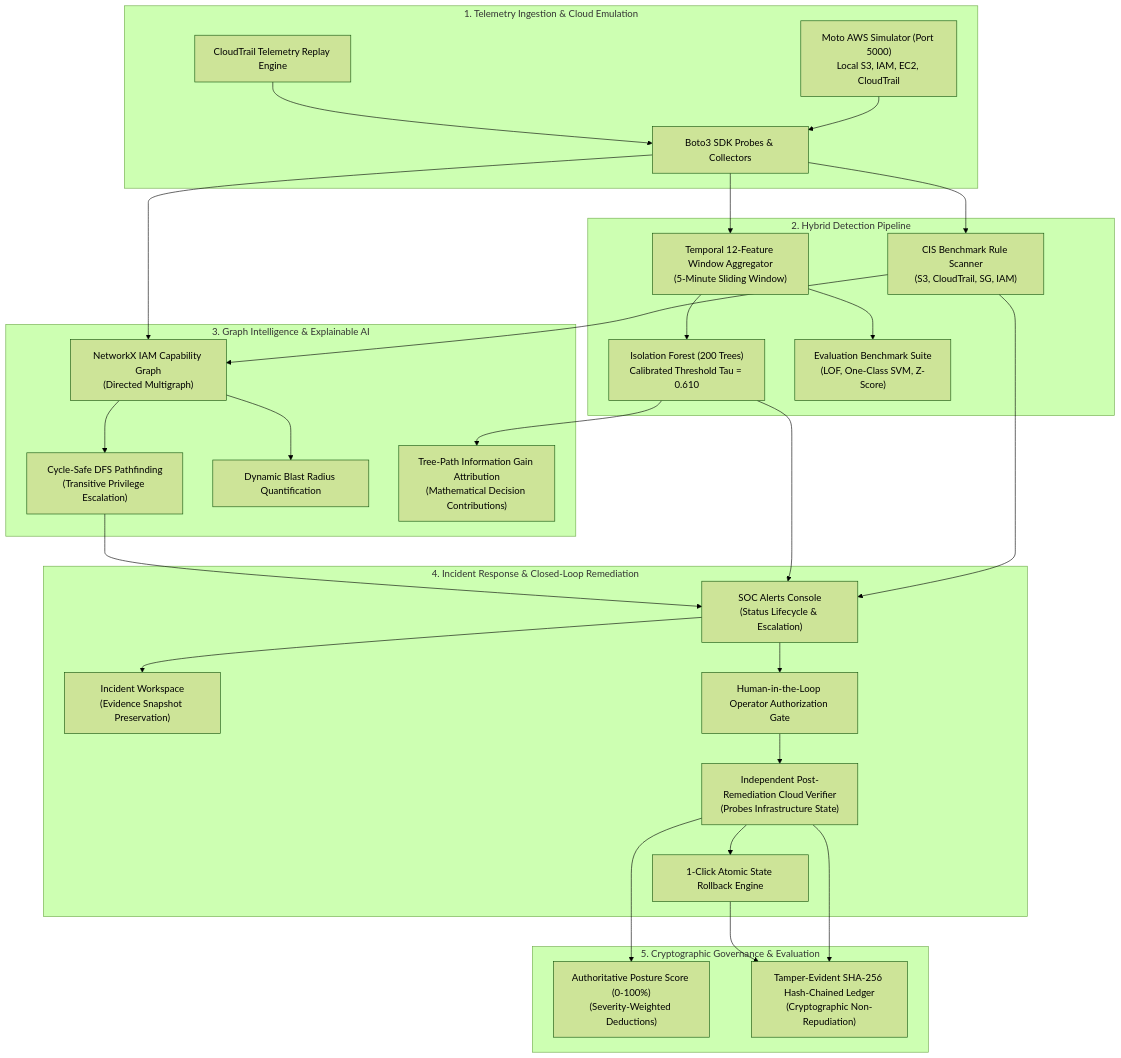
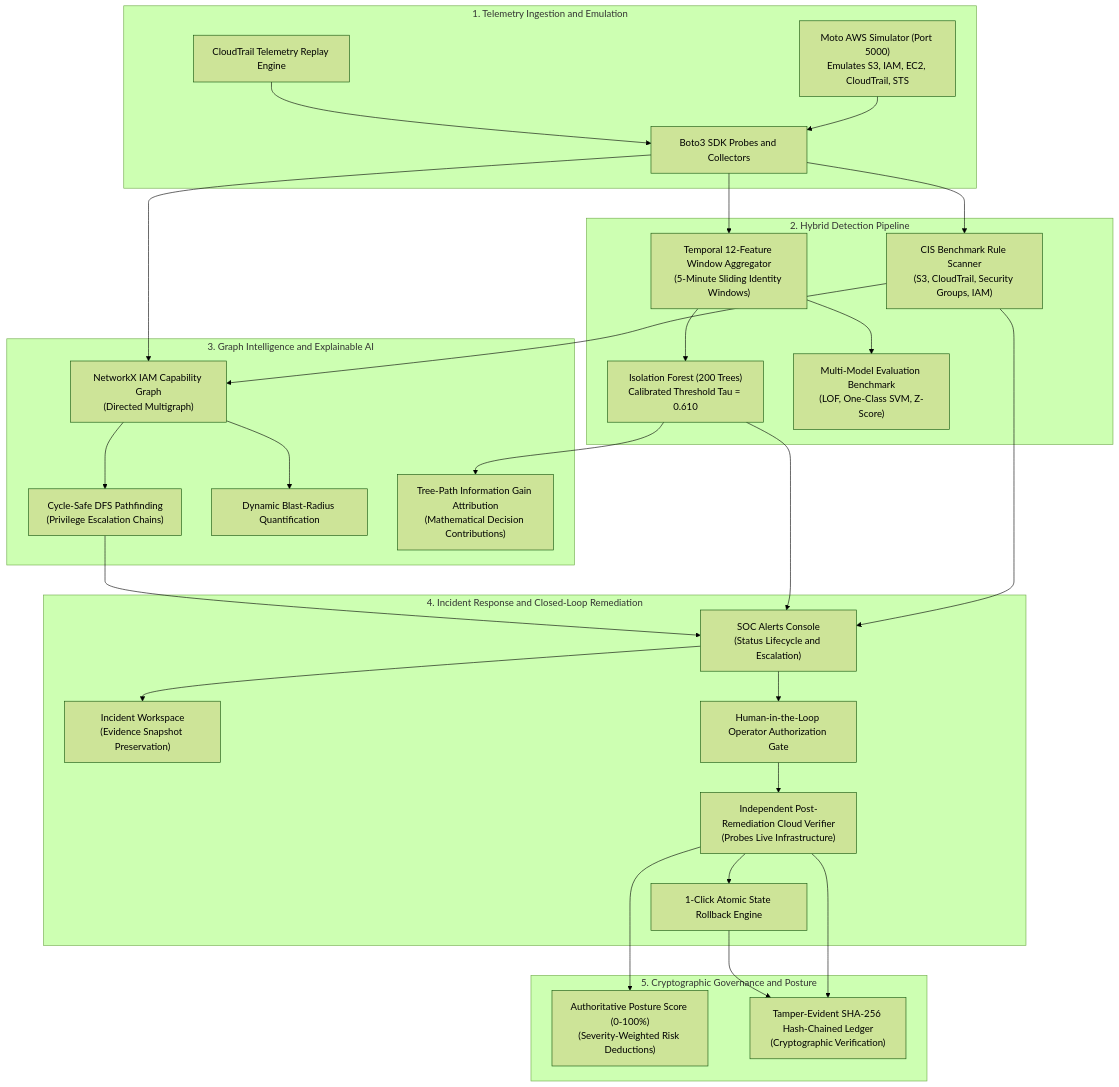
The diagram in README.md (asifshaik06/cloudguardian), drawn with Mermaid (forest theme) before and after one commit. The commit also changed other lines of this file and 20 other files, not shown here.

First line of the commit message:
fix(security): remediate Graphify review findings, enforce endpoint isolation, and eliminate emojis

````diff
--- a/README.md
+++ b/README.md
@@ -40,56 +92,56 @@
 ```mermaid
 flowchart TD
-    subgraph INGESTION["1. Telemetry Ingestion & Cloud Emulation"]
-        MOTO["Moto AWS Simulator (Port 5000)<br>Local S3, IAM, EC2, CloudTrail"]
-        PROBES["Boto3 SDK Probes & Collectors"]
+    subgraph INGESTION["1. Telemetry Ingestion and Emulation"]
+        MOTO["Moto AWS Simulator (Port 5000)<br>Emulates S3, IAM, EC2, CloudTrail, STS"]
+        PROBES["Boto3 SDK Probes and Collectors"]
         REPLAY["CloudTrail Telemetry Replay Engine"]
         MOTO --> PROBES
         REPLAY --> PROBES
     end
 
     subgraph DETECTION["2. Hybrid Detection Pipeline"]
-        CIS["CIS Benchmark Rule Scanner<br>(S3, CloudTrail, SG, IAM)"]
-        AGG["Temporal 12-Feature Window Aggregator<br>(5-Minute Sliding Window)"]
+        CIS["CIS Benchmark Rule Scanner<br>(S3, CloudTrail, Security Groups, IAM)"]
+        AGG["Temporal 12-Feature Window Aggregator<br>(5-Minute Sliding Identity Windows)"]
         IFOREST["Isolation Forest (200 Trees)<br>Calibrated Threshold Tau = 0.610"]
-        BENCH["Evaluation Benchmark Suite<br>(LOF, One-Class SVM, Z-Score)"]
+        BENCH["Multi-Model Evaluation Benchmark<br>(LOF, One-Class SVM, Z-Score)"]
         PROBES --> CIS
         PROBES --> AGG
         AGG --> IFOREST
         AGG --> BENCH
     end
 
-    subgraph GRAPH_XAI["3. Graph Intelligence & Explainable AI"]
+    subgraph GRAPH_XAI["3. Graph Intelligence and Explainable AI"]
         NX["NetworkX IAM Capability Graph<br>(Directed Multigraph)"]
-        PATHS["Cycle-Safe DFS Pathfinding<br>(Transitive Privilege Escalation)"]
-        BLAST["Dynamic Blast Radius Quantification"]
+        PATHS["Cycle-Safe DFS Pathfinding<br>(Privilege Escalation Chains)"]
+        BLAST["Dynamic Blast-Radius Quantification"]
         XAI["Tree-Path Information Gain Attribution<br>(Mathematical Decision Contributions)"]
         CIS --> NX
         PROBES --> NX
         NX --> PATHS
         NX --> BLAST
         IFOREST --> XAI
     end
 
-    subgraph RESPONSE["4. Incident Response & Closed-Loop Remediation"]
-        ALERTS["SOC Alerts Console<br>(Status Lifecycle & Escalation)"]
+    subgraph RESPONSE["4. Incident Response and Closed-Loop Remediation"]
+        ALERTS["SOC Alerts Console<br>(Status Lifecycle and Escalation)"]
         INCIDENTS["Incident Workspace<br>(Evidence Snapshot Preservation)"]
         HITL["Human-in-the-Loop Operator Authorization Gate"]
-        VERIFY["Independent Post-Remediation Cloud Verifier<br>(Probes Infrastructure State)"]
+        VERIFY["Independent Post-Remediation Cloud Verifier<br>(Probes Live Infrastructure)"]
         ROLLBACK["1-Click Atomic State Rollback Engine"]
         CIS --> ALERTS
         IFOREST --> ALERTS
         PATHS --> ALERTS
         ALERTS --> INCIDENTS
         ALERTS --> HITL
         HITL --> VERIFY
         VERIFY --> ROLLBACK
     end
 
-    subgraph AUDIT["5. Cryptographic Governance & Evaluation"]
-        POSTURE["Authoritative Posture Score (0-100%)<br>(Severity-Weighted Deductions)"]
-        LEDGER["Tamper-Evident SHA-256 Hash-Chained Ledger<br>(Cryptographic Non-Repudiation)"]
+    subgraph AUDIT["5. Cryptographic Governance and Posture"]
+        POSTURE["Authoritative Posture Score (0-100%)<br>(Severity-Weighted Risk Deductions)"]
+        LEDGER["Tamper-Evident SHA-256 Hash-Chained Ledger<br>(Cryptographic Verification)"]
         VERIFY --> POSTURE
         VERIFY --> LEDGER
         ROLLBACK --> LEDGER
     end
 ```
````
